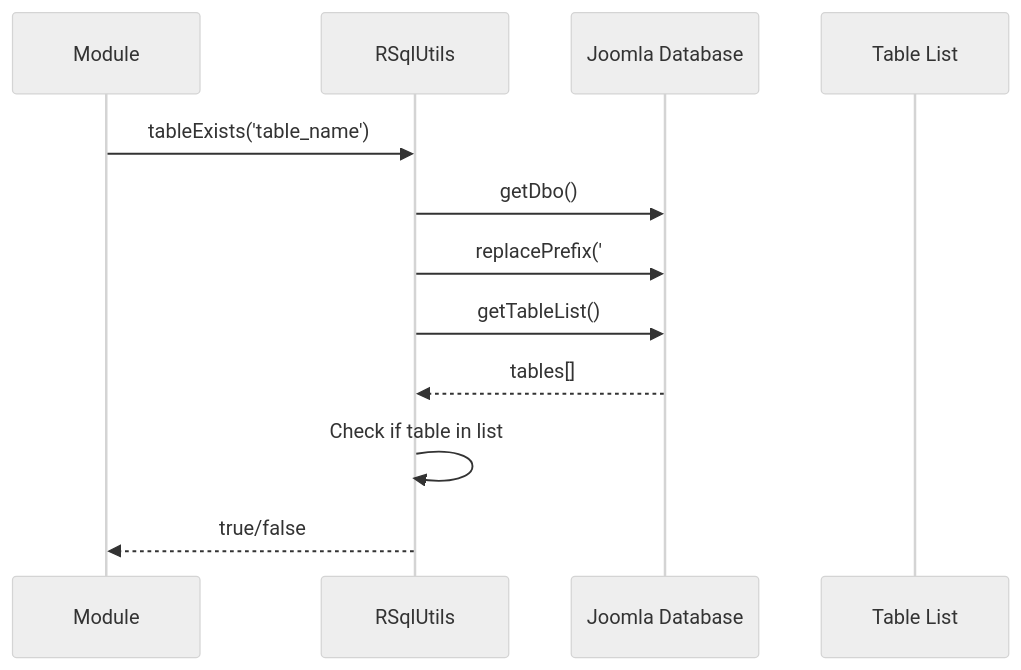
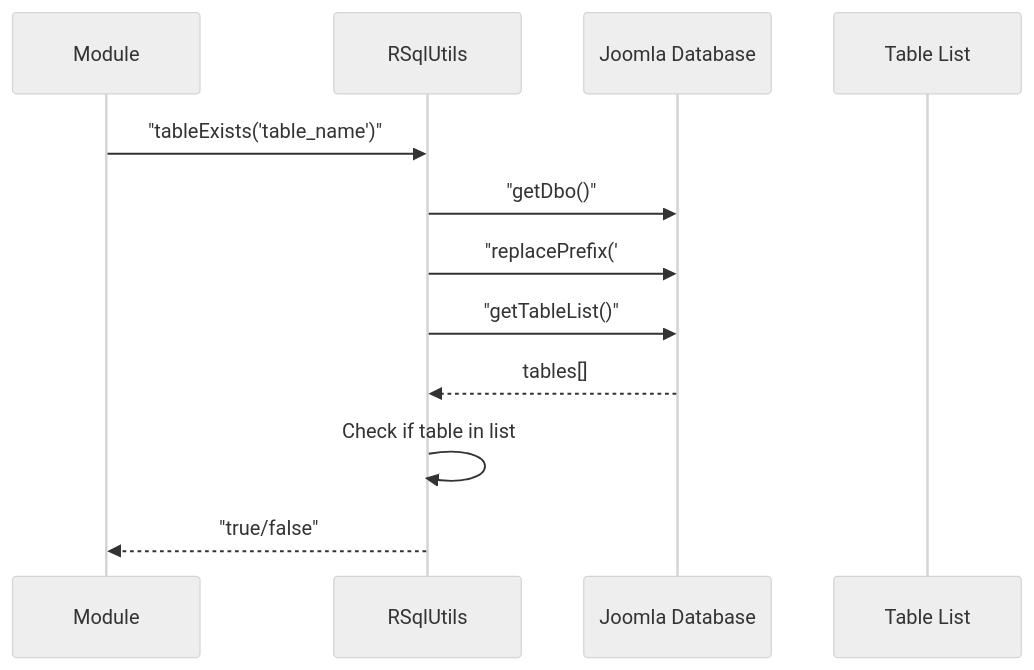
The second of 2 diagrams in sql/HLD.md (pauljrhodes/ramblers-library), drawn with Mermaid (neutral theme) before and after one commit. The commit also changed other lines of this file and 33 other files, not shown here.

First line of the commit message:
Normalize Mermaid diagrams for GitHub rendering (#13)

````diff
--- a/sql/HLD.md
+++ b/sql/HLD.md
@@ -60,15 +60,15 @@
 ```mermaid
 sequenceDiagram
     participant Caller as Module
     participant SqlUtils as RSqlUtils
     participant JoomlaDB as Joomla Database
     participant Tables as Table List
 
-    Caller->>SqlUtils: tableExists('table_name')
-    SqlUtils->>JoomlaDB: getDbo()
-    SqlUtils->>JoomlaDB: replacePrefix('#__table')
-    SqlUtils->>JoomlaDB: getTableList()
+    Caller->>SqlUtils: "tableExists('table_name')"
+    SqlUtils->>JoomlaDB: "getDbo()"
+    SqlUtils->>JoomlaDB: "replacePrefix('#__table')"
+    SqlUtils->>JoomlaDB: "getTableList()"
     JoomlaDB-->>SqlUtils: tables[]
     SqlUtils->>SqlUtils: Check if table in list
-    SqlUtils-->>Caller: true/false
+    SqlUtils-->>Caller: "true/false"
 ```
````
